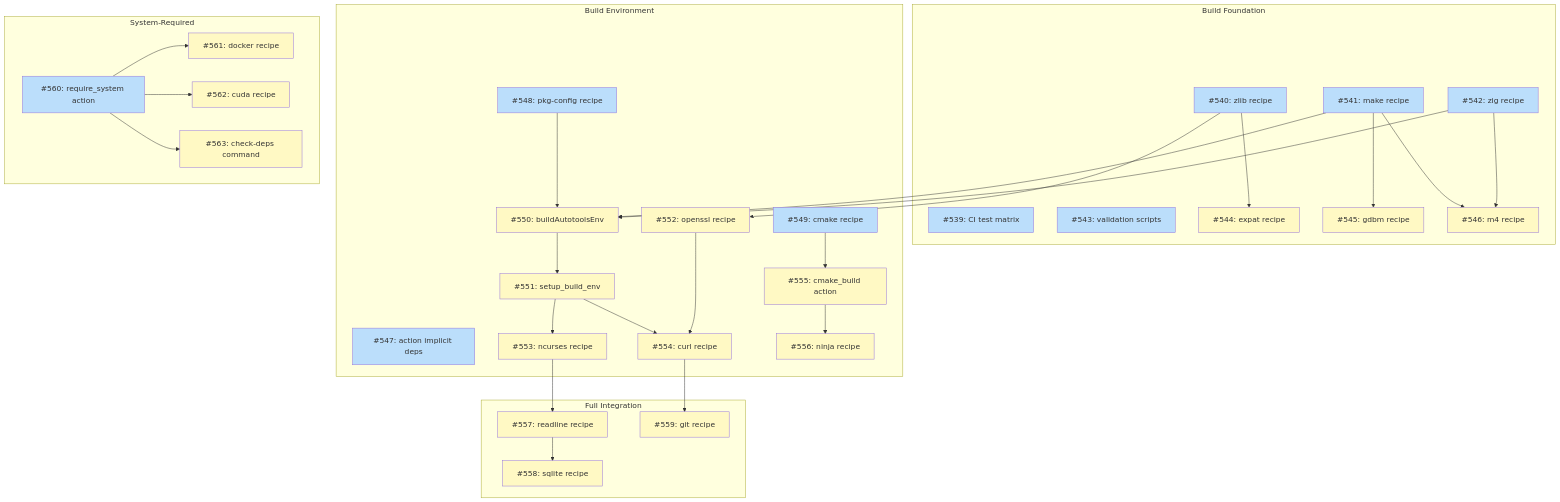
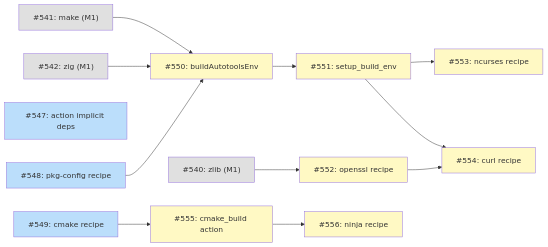
One commit to tsuku-dev/tsuku changed the second of 4 diagrams in docs/DESIGN-dependency-provisioning.md. Above: the diagram before and after it, drawn with Mermaid. The commit also changed other lines of this file, not shown here.

Commit message:
docs(dependency-provisioning): split dependency graph into per-milestone diagrams

````diff
--- a/docs/DESIGN-dependency-provisioning.md
+++ b/docs/DESIGN-dependency-provisioning.md
@@ -56,68 +63,36 @@
 ```mermaid
-graph TD
-    subgraph M1["Build Foundation"]
-        I539["#539: CI test matrix"]
-        I540["#540: zlib recipe"]
-        I541["#541: make recipe"]
-        I542["#542: zig recipe"]
-        I543["#543: validation scripts"]
-        I544["#544: expat recipe"]
-        I545["#545: gdbm recipe"]
-        I546["#546: m4 recipe"]
-    end
+graph LR
+    I540["#540: zlib (M1)"]
+    I541["#541: make (M1)"]
+    I542["#542: zig (M1)"]
+    I547["#547: action implicit deps"]
+    I548["#548: pkg-config recipe"]
+    I549["#549: cmake recipe"]
+    I550["#550: buildAutotoolsEnv"]
+    I551["#551: setup_build_env"]
+    I552["#552: openssl recipe"]
+    I553["#553: ncurses recipe"]
+    I554["#554: curl recipe"]
+    I555["#555: cmake_build action"]
+    I556["#556: ninja recipe"]
 
-    subgraph M2["Build Environment"]
-        I547["#547: action implicit deps"]
-        I548["#548: pkg-config recipe"]
-        I549["#549: cmake recipe"]
-        I550["#550: buildAutotoolsEnv"]
-        I551["#551: setup_build_env"]
-        I552["#552: openssl recipe"]
-        I553["#553: ncurses recipe"]
-        I554["#554: curl recipe"]
-        I555["#555: cmake_build action"]
-        I556["#556: ninja recipe"]
-    end
-
-    subgraph M3["Full Integration"]
-        I557["#557: readline recipe"]
-        I558["#558: sqlite recipe"]
-        I559["#559: git recipe"]
-    end
-
-    subgraph M4["System-Required"]
-        I560["#560: require_system action"]
-        I561["#561: docker recipe"]
-        I562["#562: cuda recipe"]
-        I563["#563: check-deps command"]
-    end
-
-    I540 --> I544
-    I541 --> I545
-    I541 --> I546
-    I542 --> I546
     I541 --> I550
     I542 --> I550
     I548 --> I550
     I550 --> I551
     I540 --> I552
     I551 --> I553
     I551 --> I554
     I552 --> I554
     I549 --> I555
     I555 --> I556
-    I553 --> I557
-    I557 --> I558
-    I554 --> I559
-    I560 --> I561
-    I560 --> I562
-    I560 --> I563
 
     classDef done fill:#c8e6c9
     classDef ready fill:#bbdefb
     classDef blocked fill:#fff9c4
-    classDef needsDesign fill:#e1bee7
+    classDef external fill:#e0e0e0
 
-    class I539,I540,I541,I542,I543,I547,I548,I549,I560 ready
-    class I544,I545,I546,I550,I551,I552,I553,I554,I555,I556,I557,I558,I559,I561,I562,I563 blocked
+    class I540,I541,I542 external
+    class I547,I548,I549 ready
+    class I550,I551,I552,I553,I554,I555,I556 blocked
 ```
````
